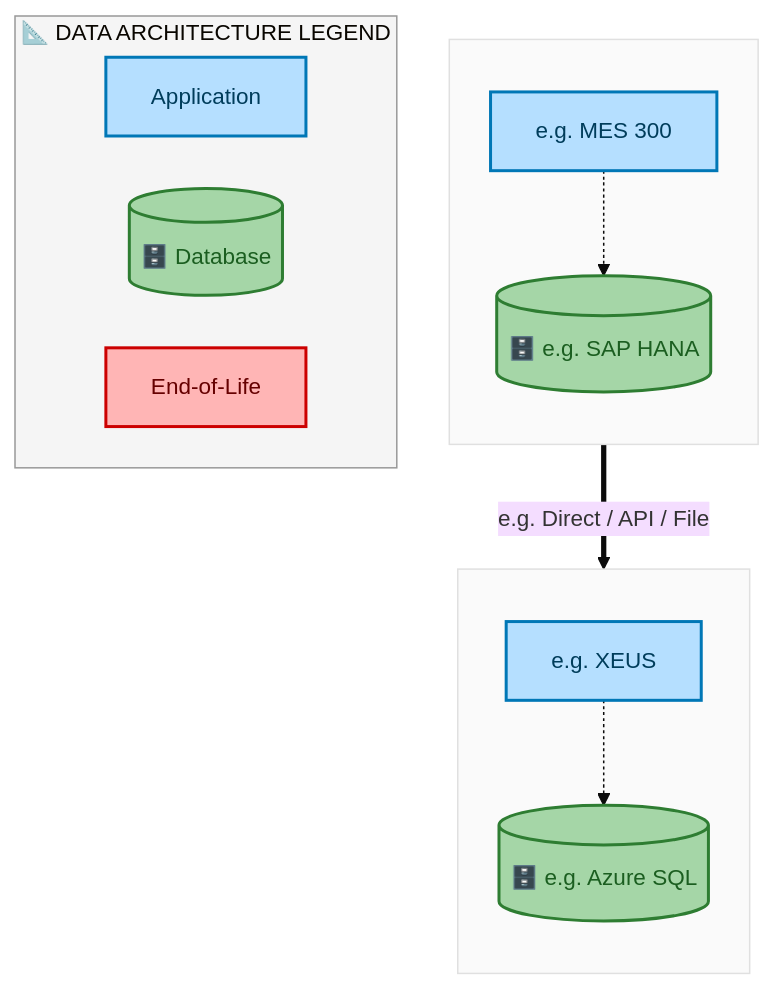
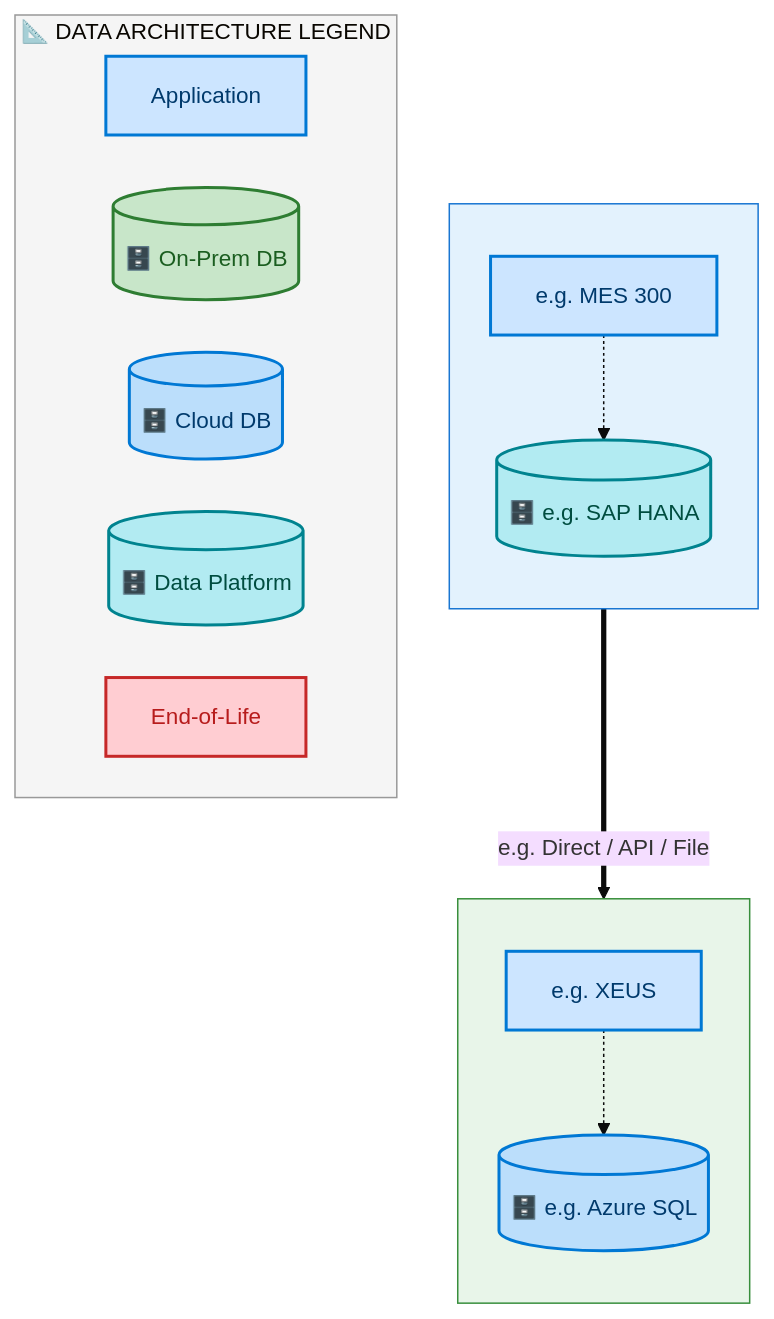
One commit to sajivfrancis777/IAO-Architecture changed the seventh of 11 diagrams in towers/E2E/Procure to Pay/E2E-44/output/docs/systems-architecture/E2E-44-Architecture.md. Above: the diagram before and after it, drawn with Mermaid. The commit also changed other lines of this file and 394 other files, not shown here.

First line of the commit message:
feat: structured layer ordering for Mermaid architecture diagrams

````diff
--- a/towers/E2E/Procure to Pay/E2E-44/output/docs/systems-architecture/E2E-44-Architecture.md
+++ b/towers/E2E/Procure to Pay/E2E-44/output/docs/systems-architecture/E2E-44-Architecture.md
@@ -1033,33 +1037,37 @@
 ```mermaid
 %%{init: {"theme": "base", "securityLevel": "loose", "themeVariables": {"fontSize": "15px", "fontFamily": "Segoe UI, Arial"}, "flowchart": {"useMaxWidth": false, "htmlLabels": true, "nodeSpacing": 35, "rankSpacing": 45}} }%%
 flowchart TB
-    classDef appBox fill:#B5DFFF,stroke:#0077B6,stroke-width:2px,color:#003D5B
-    classDef dbCyl fill:#A5D6A7,stroke:#2E7D32,stroke-width:2px,color:#1B5E20
-    classDef eolBox fill:#FFB5B5,stroke:#CC0000,stroke-width:2px,color:#660000
+    classDef appBox fill:#CCE5FF,stroke:#0078D4,stroke-width:2px,color:#003A6C
+    classDef dbCyl fill:#C8E6C9,stroke:#2E7D32,stroke-width:2px,color:#1B5E20
+    classDef dbCloud fill:#BBDEFB,stroke:#0078D4,stroke-width:2px,color:#003A6C
+    classDef dbData fill:#B2EBF2,stroke:#00838F,stroke-width:2px,color:#004D40
+    classDef eolBox fill:#FFCDD2,stroke:#C62828,stroke-width:2px,color:#B71C1C
 
     subgraph E2E44FDACL_e_g_Azure_SQL[" "]
         direction TB
         E2E44FDAA_e_g_XEUS["e.g. XEUS"]:::appBox
-        E2E44FDAD_e_g_Azure_SQL[("🗄️ e.g. Azure SQL")]:::dbCyl
+        E2E44FDAD_e_g_Azure_SQL[("🗄️ e.g. Azure SQL")]:::dbCloud
         E2E44FDAA_e_g_XEUS -.-> E2E44FDAD_e_g_Azure_SQL
     end
-    style E2E44FDACL_e_g_Azure_SQL fill:#FAFAFA,stroke:#E0E0E0,stroke-width:1px
+    style E2E44FDACL_e_g_Azure_SQL fill:#E8F5E9,stroke:#388E3C,stroke-width:1px
 
     subgraph E2E44FDACL_e_g_SAP_HANA[" "]
         direction TB
         E2E44FDAA_e_g_MES_300["e.g. MES 300"]:::appBox
-        E2E44FDAD_e_g_SAP_HANA[("🗄️ e.g. SAP HANA")]:::dbCyl
+        E2E44FDAD_e_g_SAP_HANA[("🗄️ e.g. SAP HANA")]:::dbData
         E2E44FDAA_e_g_MES_300 -.-> E2E44FDAD_e_g_SAP_HANA
     end
-    style E2E44FDACL_e_g_SAP_HANA fill:#FAFAFA,stroke:#E0E0E0,stroke-width:1px
+    style E2E44FDACL_e_g_SAP_HANA fill:#E3F2FD,stroke:#1976D2,stroke-width:1px
 
     E2E44FDAD_e_g_SAP_HANA ==>|"e.g. Direct / API / File"| E2E44FDAD_e_g_Azure_SQL
 
     subgraph Legend["📐 DATA ARCHITECTURE LEGEND"]
         direction LR
         L_A["Application"]:::appBox
-        L_D[("🗄️ Database")]:::dbCyl
+        L_D[("🗄️ On-Prem DB")]:::dbCyl
+        L_DC[("🗄️ Cloud DB")]:::dbCloud
+        L_DD[("🗄️ Data Platform")]:::dbData
         L_E["End-of-Life"]:::eolBox
     end
     style Legend fill:#F5F5F5,stroke:#999,stroke-width:1px
 ```
````
